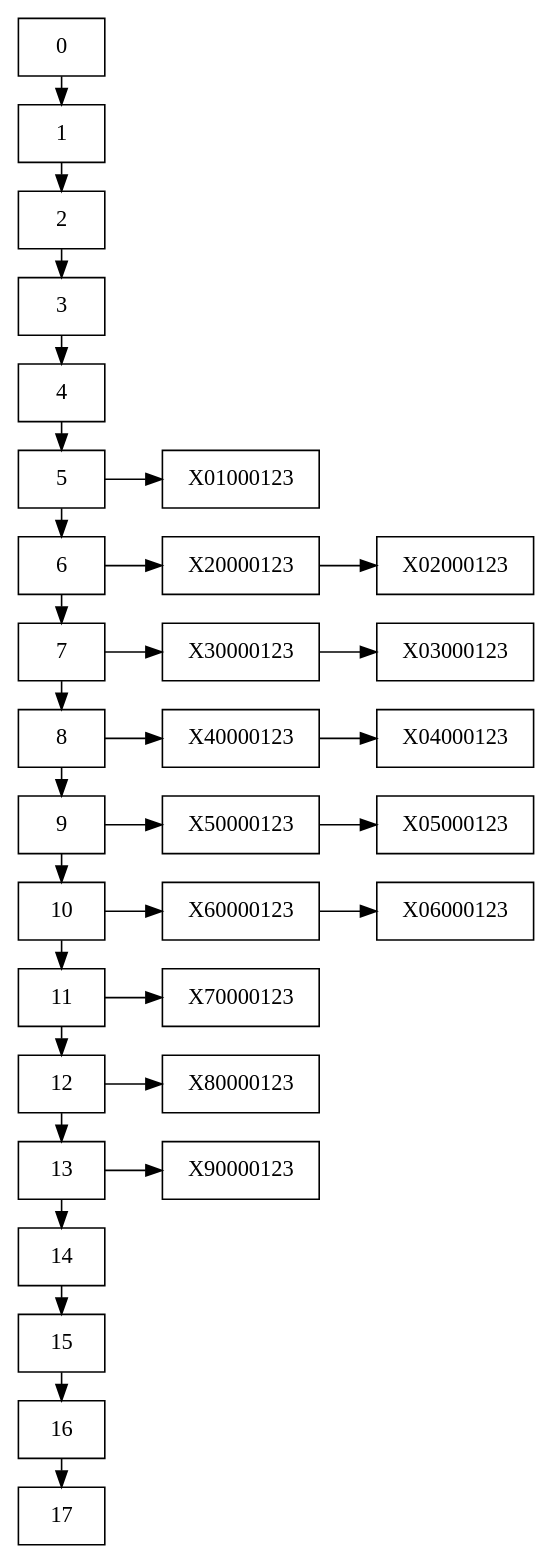
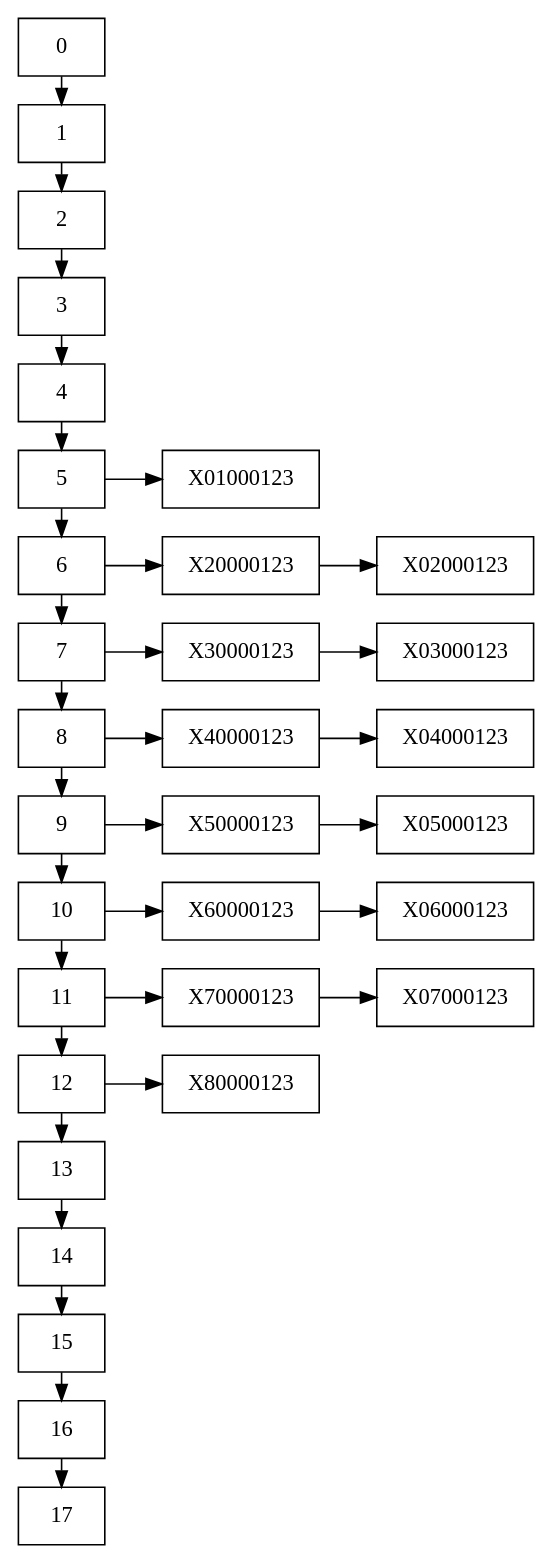
The diagram in TablaHash.dot (Edwinhndz/201807124_EDD_Proyecto), drawn with Graphviz before and after one commit. The commit also changed 19 other files, not shown here.

```diff
--- a/TablaHash.dot
+++ b/TablaHash.dot
@@ -1,64 +1,63 @@
 digraph G {
 rankdir=LR;
 
  node [shape=box];
 node0[label="0" shape=box];
 node1[label="1" shape=box];
 node2[label="2" shape=box];
 node3[label="3" shape=box];
 node4[label="4" shape=box];
 node5[label="5" shape=box];
 node6[label="6" shape=box];
 node7[label="7" shape=box];
 node8[label="8" shape=box];
 node9[label="9" shape=box];
 node10[label="10" shape=box];
 node11[label="11" shape=box];
 node12[label="12" shape=box];
 node13[label="13" shape=box];
 node14[label="14" shape=box];
 node15[label="15" shape=box];
 node16[label="16" shape=box];
 node17[label="17" shape=box];
 {rank =same; node0 node1 node2 node3 node4 node5 node6 node7 node8 node9 node10 node11 node12 node13 node14 node15 node16 node17}node0 -> node1;
 node1 -> node2;
 node2 -> node3;
 node3 -> node4;
 node4 -> node5;
 node5 -> node6;
 node6 -> node7;
 node7 -> node8;
 node8 -> node9;
 node9 -> node10;
 node10 -> node11;
 node11 -> node12;
 node12 -> node13;
 node13 -> node14;
 node14 -> node15;
 node15 -> node16;
 node16 -> node17;
 
 X01000123 [label="X01000123" , shape=box];
 X20000123 [label="X20000123" , shape=box];
 X02000123 [label="X02000123" , shape=box];
 X30000123 [label="X30000123" , shape=box];
 X03000123 [label="X03000123" , shape=box];
 X40000123 [label="X40000123" , shape=box];
 X04000123 [label="X04000123" , shape=box];
 X50000123 [label="X50000123" , shape=box];
 X05000123 [label="X05000123" , shape=box];
 X60000123 [label="X60000123" , shape=box];
 X06000123 [label="X06000123" , shape=box];
 X70000123 [label="X70000123" , shape=box];
+X07000123 [label="X07000123" , shape=box];
 X80000123 [label="X80000123" , shape=box];
-X90000123 [label="X90000123" , shape=box];
 node5 -> X01000123;
 node6 -> X20000123 -> X02000123;
 node7 -> X30000123 -> X03000123;
 node8 -> X40000123 -> X04000123;
 node9 -> X50000123 -> X05000123;
 node10 -> X60000123 -> X06000123;
-node11 -> X70000123;
+node11 -> X70000123 -> X07000123;
 node12 -> X80000123;
-node13 -> X90000123;
 }
```
